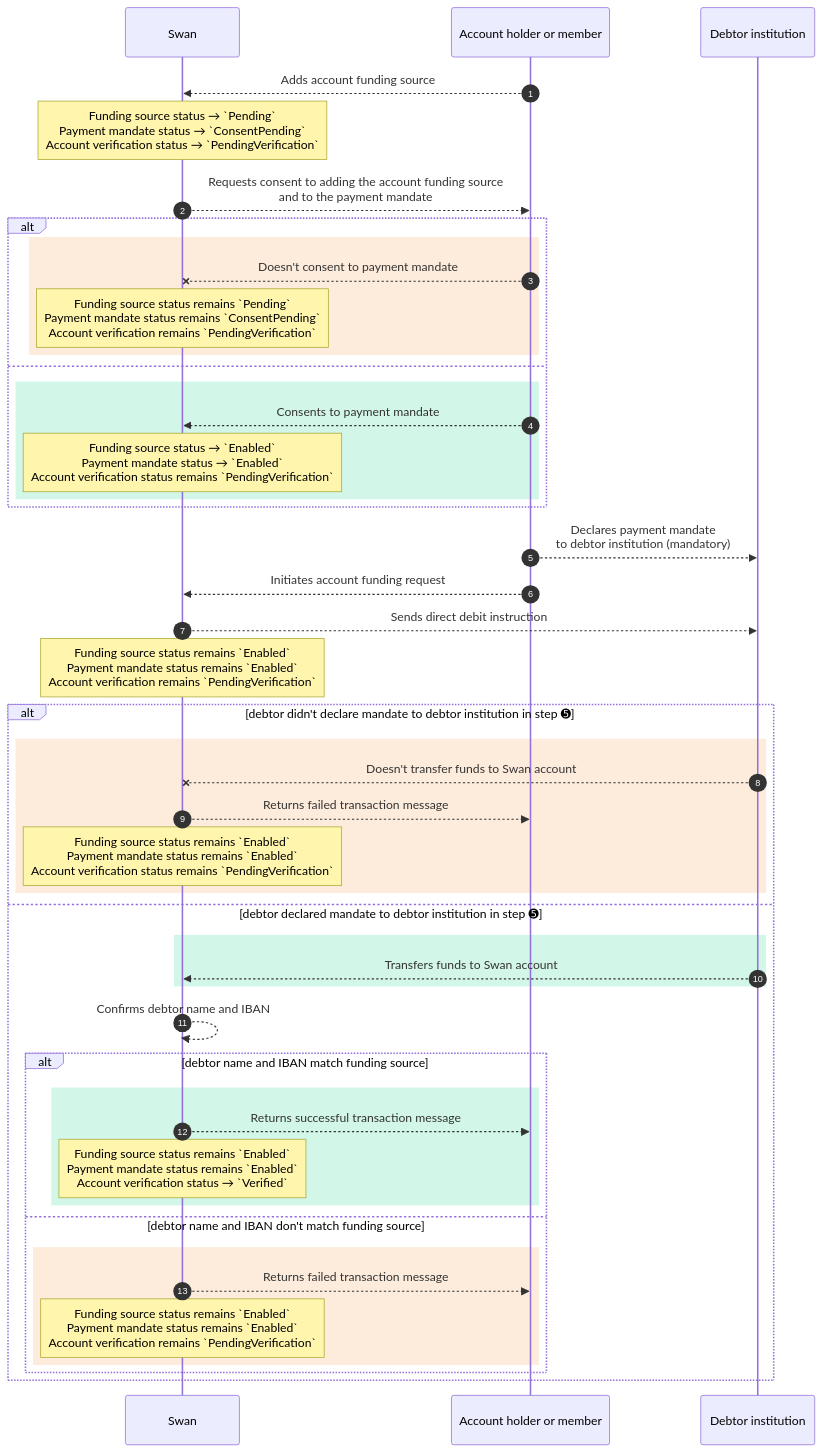
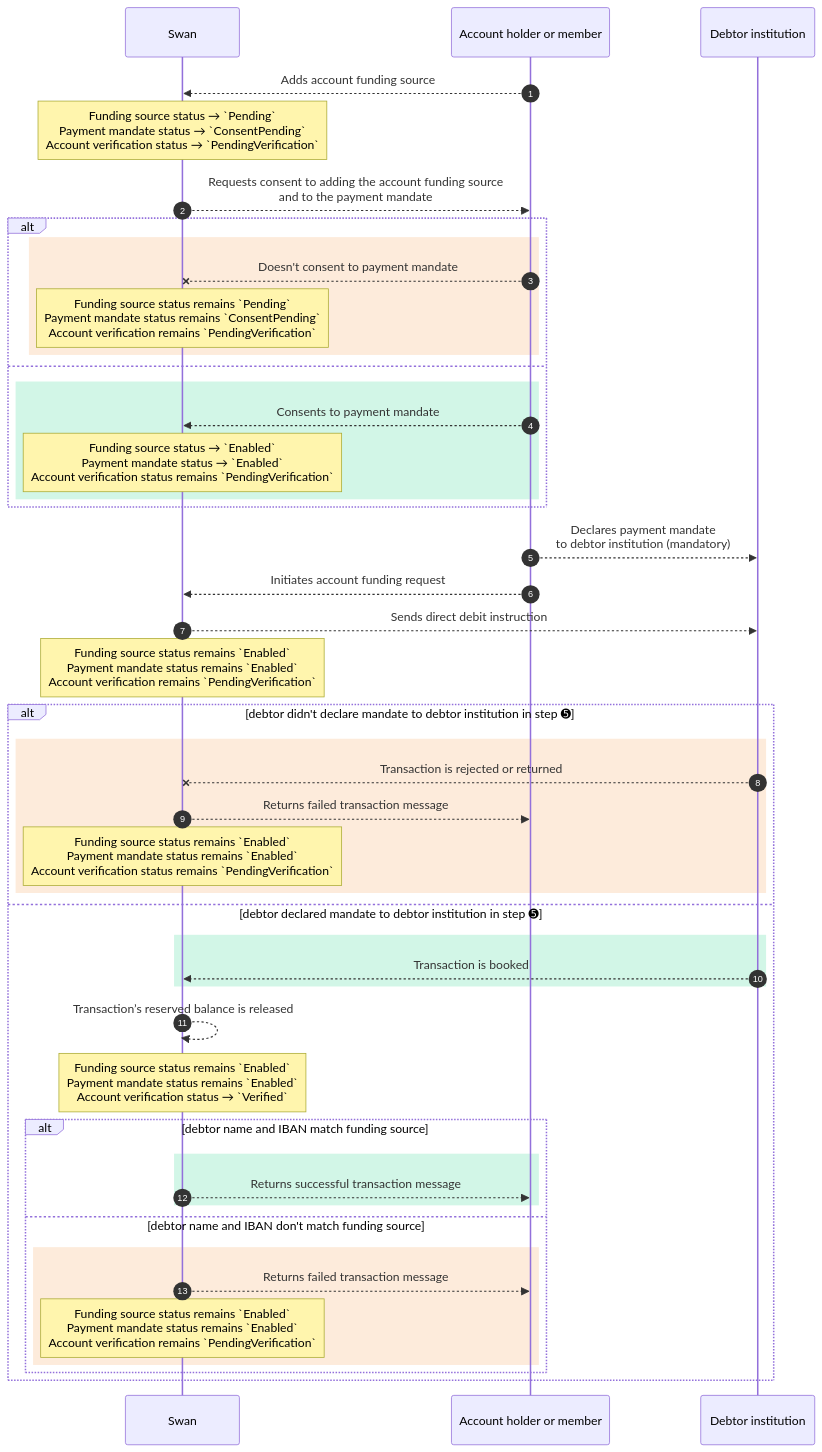
One commit to swan-io/docs changed the fourth of 4 diagrams in docs/topics/accounts/funding/index.mdx. Above: the diagram before and after it, drawn with Mermaid. The commit also changed other lines of this file, not shown here.

Commit message:
fixup! DOC-863 Improve account funding docs

````diff
--- a/docs/topics/accounts/funding/index.mdx
+++ b/docs/topics/accounts/funding/index.mdx
@@ -168,48 +165,48 @@
 ```mermaid
 sequenceDiagram
     autonumber
     participant S as Swan
     participant A as Account holder or member
     participant D as Debtor institution
     A-->>S: Adds account funding source
     Note over S: Funding source status → `Pending`<br />Payment mandate status → `ConsentPending`<br />Account verification status → `PendingVerification`
     S-->>A: Requests consent to adding the account funding source<br />and to the payment mandate
     alt
     rect rgb(253, 235, 219)
     A--xS: Doesn't consent to payment mandate
     Note over S: Funding source status remains `Pending`<br />Payment mandate status remains `ConsentPending`<br />Account verification remains `PendingVerification`
     end
     else
     rect rgb(210 246 231)
     A-->>S: Consents to payment mandate
     Note over S: Funding source status → `Enabled`<br />Payment mandate status → `Enabled`<br />Account verification status remains `PendingVerification`
     end
     end
     A-->>D: Declares payment mandate<br />to debtor institution (mandatory)
     A-->>S: Initiates account funding request
     S-->>D: Sends direct debit instruction
     Note over S: Funding source status remains `Enabled`<br />Payment mandate status remains `Enabled`<br />Account verification remains `PendingVerification`
     alt debtor didn't declare mandate to debtor institution in step ➎
     rect rgb(253, 235, 219)
-        D--xS: Doesn't transfer funds to Swan account
+        D--xS: Transaction is rejected or returned
         S-->>A: Returns failed transaction message
         Note over S: Funding source status remains `Enabled`<br />Payment mandate status remains `Enabled`<br />Account verification status remains `PendingVerification`
     end
     else debtor declared mandate to debtor institution in step ➎
         rect rgb(210 246 231)
-        D-->>S: Transfers funds to Swan account
+        D-->>S: Transaction is booked
         end
-        S-->>S: Confirms debtor name and IBAN
+        S-->>S: Transaction’s reserved balance is released
+        Note over S: Funding source status remains `Enabled`<br />Payment mandate status remains `Enabled`<br />Account verification status → `Verified`
         alt debtor name and IBAN match funding source
             rect rgb(210 246 231)
             S-->>A: Returns successful transaction message
-            Note over S: Funding source status remains `Enabled`<br />Payment mandate status remains `Enabled`<br />Account verification status → `Verified`
         end
         else debtor name and IBAN don't match funding source
         rect rgb(253, 235, 219)
         S-->>A: Returns failed transaction message
         Note over S: Funding source status remains `Enabled`<br />Payment mandate status remains `Enabled`<br />Account verification remains `PendingVerification`
         end
         end
     end
 ```
````
